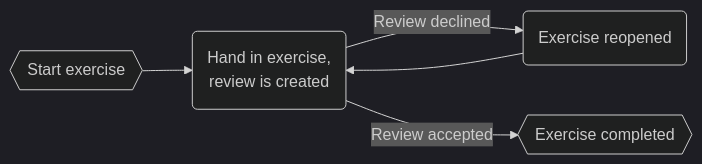
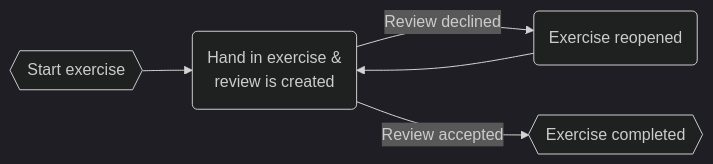
One commit to BitAcademyDev/documentation changed the diagram in docs/exercises/flow.md. Above: the diagram before and after it, drawn with Mermaid (dark theme).

````diff
--- a/docs/exercises/flow.md
+++ b/docs/exercises/flow.md
@@ -76,7 +76,7 @@
 ```mermaid
 flowchart LR
-    A{{"Start exercise"}} --> B("Hand in exercise,\nreview is created")
+    A{{"Start exercise"}} --> B("Hand in exercise &\nreview is created")
     B -- Review declined --> C("Exercise reopened")
     C --> B
     B -- Review accepted --> D{{"Exercise completed"}}
 ```
````
